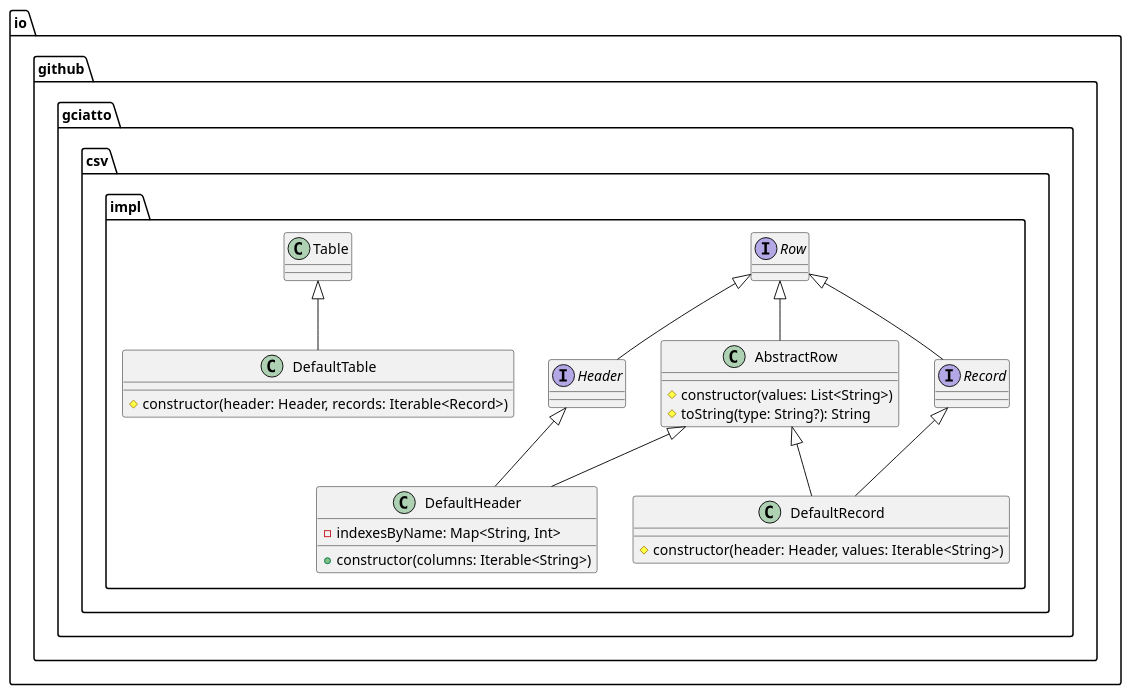
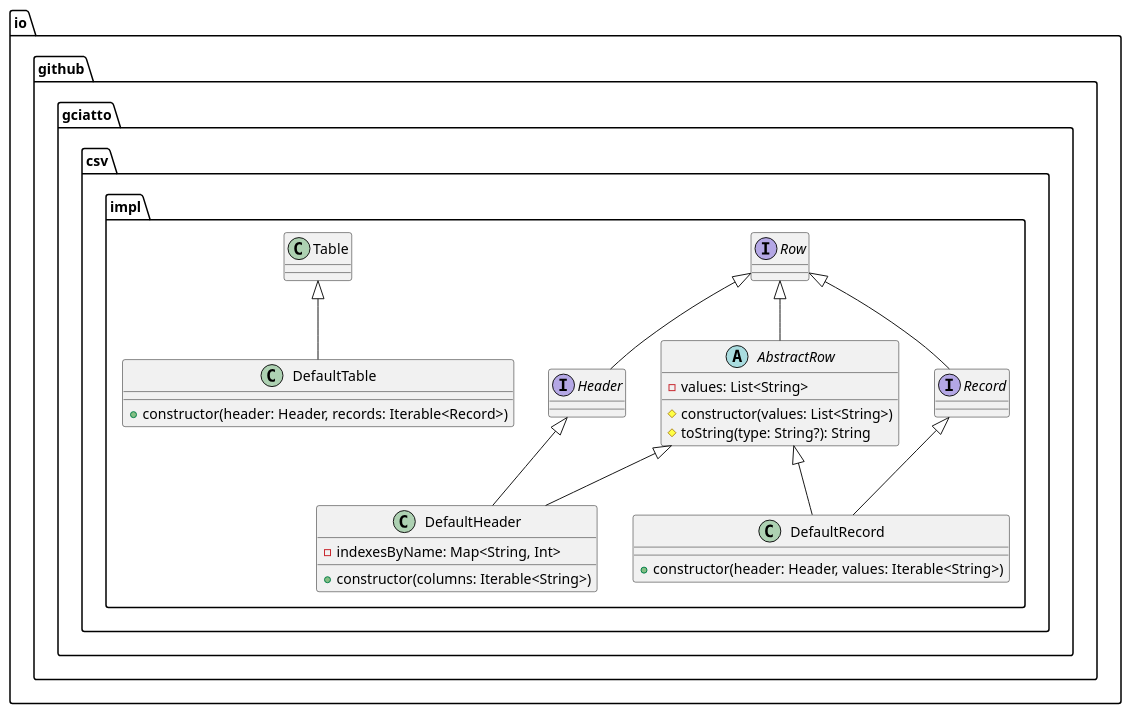
The second of 5 diagrams in content/02-WOBA/_index.md (gciatto/mpp4rs-slides), drawn with PlantUML before and after one commit. The commit also changed other lines of this file, not shown here.

```diff
--- a/content/02-WOBA/_index.md
+++ b/content/02-WOBA/_index.md
@@ -620,41 +636,43 @@
 @startuml
+skinparam monochrome false
 top to bottom direction
 
 package "io.github.gciatto.csv.**impl**" {
     interface Row
 
-    class AbstractRow {
+    abstract class AbstractRow {
+        - values: List<String>
         # constructor(values: List<String>)
         # toString(type: String?): String
     }
 
     Row <|-- AbstractRow
 
     interface Header
 
     class DefaultHeader {
         - indexesByName: Map<String, Int>
         + constructor(columns: Iterable<String>)
     }
 
     Row <|-- Header
     Header <|-- DefaultHeader
     AbstractRow <|-- DefaultHeader
 
     interface Record
 
     class DefaultRecord {
-        # constructor(header: Header, values: Iterable<String>)
+        + constructor(header: Header, values: Iterable<String>)
     }
 
     Row <|-- Record
     Record <|-- DefaultRecord
     AbstractRow <|-- DefaultRecord
 
     class DefaultTable {
-        # constructor(header: Header, records: Iterable<Record>)
+        + constructor(header: Header, records: Iterable<Record>)
     }
 
     Table <|-- DefaultTable
 }
 @enduml
```
